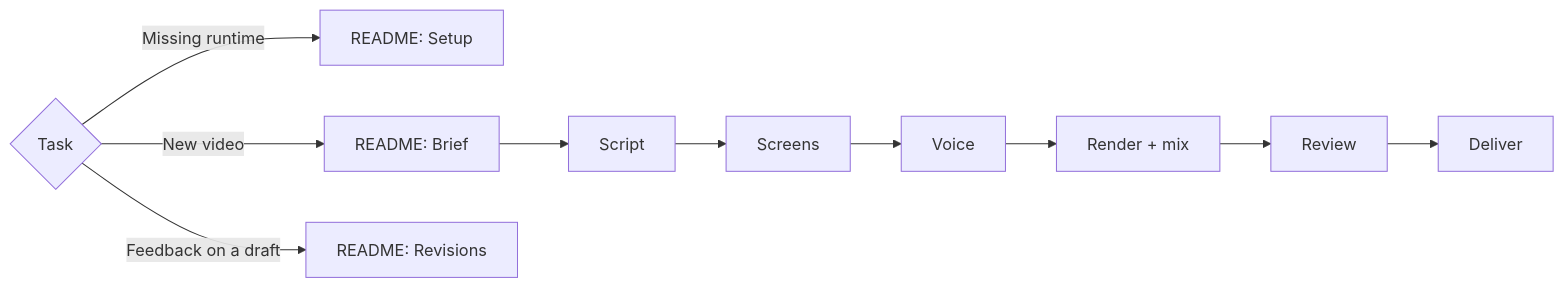
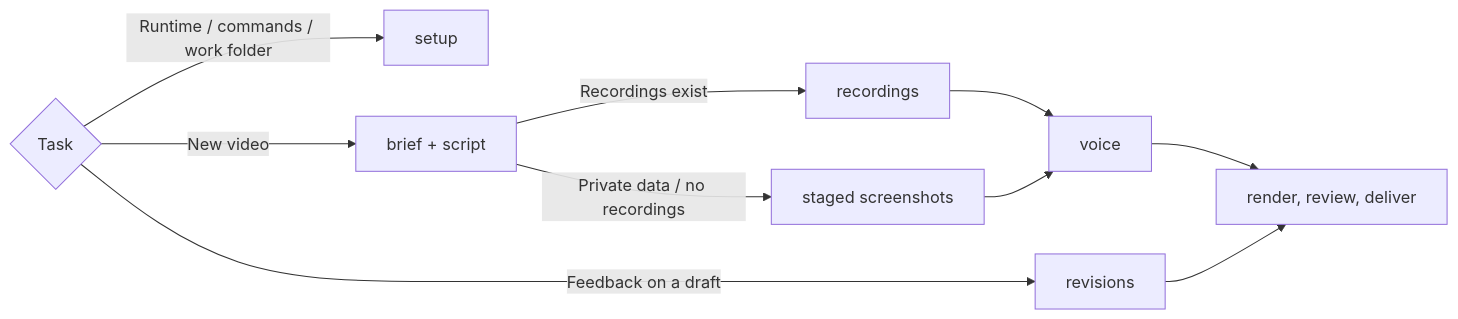
One commit to sgaabdu4/hard-eng changed the diagram in .agents/skills/marketing-video/SKILL.md. Above: the diagram before and after it, drawn with Mermaid. The commit also changed other lines of this file and 11 other files, not shown here.

````diff
--- a/.agents/skills/marketing-video/SKILL.md
+++ b/.agents/skills/marketing-video/SKILL.md
@@ -14,10 +15,19 @@
 ```mermaid
 flowchart LR
-  T{Task} -->|Missing runtime| S[README: Setup]
-  T -->|New video| B[README: Brief] --> SC[Script] --> F[Screens] --> V[Voice] --> R[Render + mix] --> Q[Review] --> D[Deliver]
-  T -->|Feedback on a draft| E[README: Revisions]
-  click S "README.md#setup"
-  click B "README.md#1-brief-and-inputs"
-  click F "README.md#3-screens"
-  click E "README.md#revisions"
+  T{Task} -->|Runtime / commands / work folder| S[setup]
+  T -->|New video| B[brief + script]
+  B -->|Recordings exist| RC[recordings]
+  B -->|Private data / no recordings| ST[staged screenshots]
+  RC --> V[voice]
+  ST --> V
+  V --> R[render, review, deliver]
+  T -->|Feedback on a draft| E[revisions]
+  E --> R
+  click S "references/setup.md"
+  click B "references/script.md"
+  click RC "references/recordings.md"
+  click ST "references/staged.md"
+  click V "references/voice.md"
+  click R "references/render.md"
+  click E "references/revisions.md"
 ```
````
